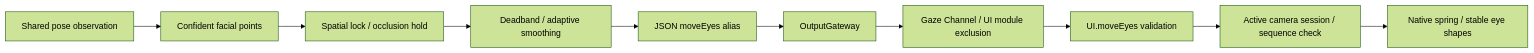
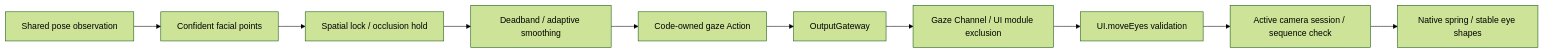
One commit to devilyouwei/MobileHarness changed the third of 3 diagrams in MobileHarness/Agents/VisionPerception/README.md. Above: the diagram before and after it, drawn with Mermaid (forest theme). The commit also changed other lines of this file and 97 other files, not shown here.

````diff
--- a/MobileHarness/Agents/VisionPerception/README.md
+++ b/MobileHarness/Agents/VisionPerception/README.md
@@ -133,12 +133,12 @@
 ```mermaid
 flowchart LR
     Pose[Shared pose observation] --> Face[Confident facial points]
     Face --> Lock[Spatial lock / occlusion hold]
     Lock --> Filter[Deadband / adaptive smoothing]
-    Filter --> Resolve[JSON moveEyes alias]
+    Filter --> Resolve[Code-owned gaze Action]
     Resolve --> Gateway[OutputGateway]
     Gateway --> Channel[Gaze Channel / UI module exclusion]
     Channel --> Action[UI.moveEyes validation]
     Action --> Scene[Active camera session / sequence check]
     Scene --> Eyes[Native spring / stable eye shapes]
 ```
````
